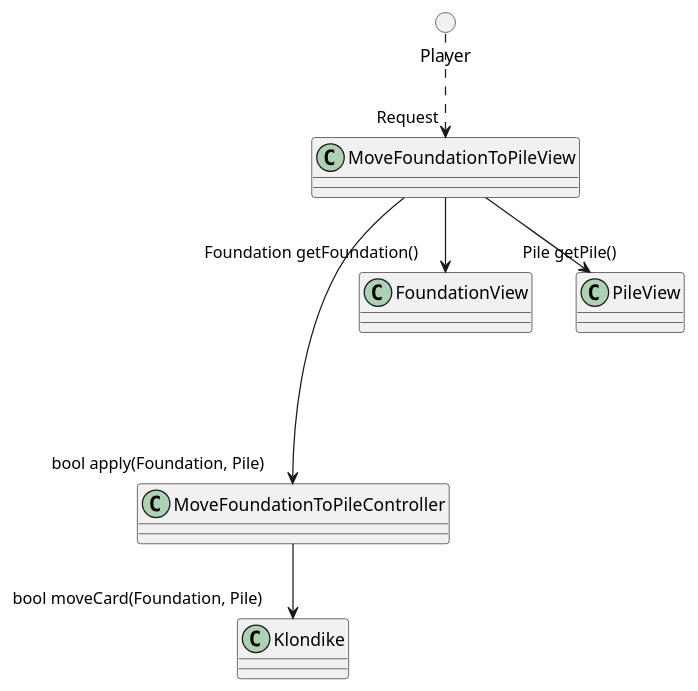
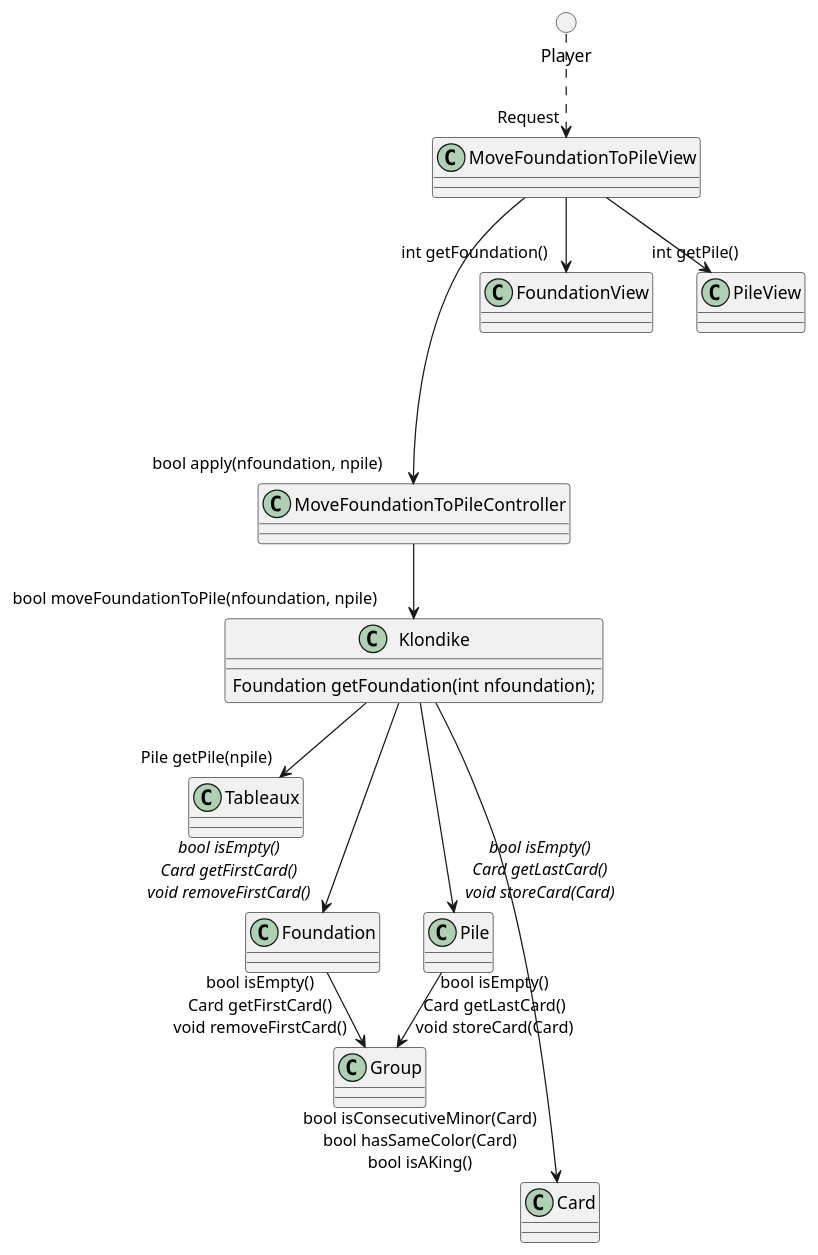
One commit to ciscoruiz/klondike changed the diagram in analysis/collaboration/MoveFoundationToPile.puml. Above: the diagram before and after it, drawn with PlantUML.

Commit message:
Detail method for analysis/collaboration/MoveFoundationToPile.puml

```diff
--- a/analysis/collaboration/MoveFoundationToPile.puml
+++ b/analysis/collaboration/MoveFoundationToPile.puml
@@ -1,16 +1,30 @@
 @startuml
 class MoveFoundationToPileView
 class MoveFoundationToPileController
 class Klondike
 circle Player
 
 Player ..> "Request" MoveFoundationToPileView
 
-MoveFoundationToPileView --> "Foundation getFoundation()" FoundationView
-MoveFoundationToPileView --> "Pile getPile()" PileView
+MoveFoundationToPileView --> "int getFoundation()" FoundationView
+MoveFoundationToPileView --> "int getPile()" PileView
 
-MoveFoundationToPileView ----> "bool apply(Foundation, Pile)" MoveFoundationToPileController
+MoveFoundationToPileView ----> "bool apply(nfoundation, npile)" MoveFoundationToPileController
 
-MoveFoundationToPileController --> "bool moveCard(Foundation, Pile)" Klondike
+MoveFoundationToPileController --> "bool moveFoundationToPile(nfoundation, npile)" Klondike
+
+class Klondike {
+   Foundation getFoundation(int nfoundation);
+}
+
+Klondike --> "Pile getPile(npile)" Tableaux
+
+Klondike ---> "//bool isEmpty()//\n//Card getFirstCard()//\n//void removeFirstCard()//" Foundation
+Klondike ---> "//bool isEmpty()//\n//Card getLastCard()//\n//void storeCard(Card)//" Pile
+
+Foundation --> "bool isEmpty()\nCard getFirstCard()\nvoid removeFirstCard()" Group
+Pile  --> "bool isEmpty()\nCard getLastCard()\nvoid storeCard(Card)" Group
+
+Klondike -----> "bool isConsecutiveMinor(Card)\nbool hasSameColor(Card)\nbool isAKing()" Card
 
 @enduml
```
